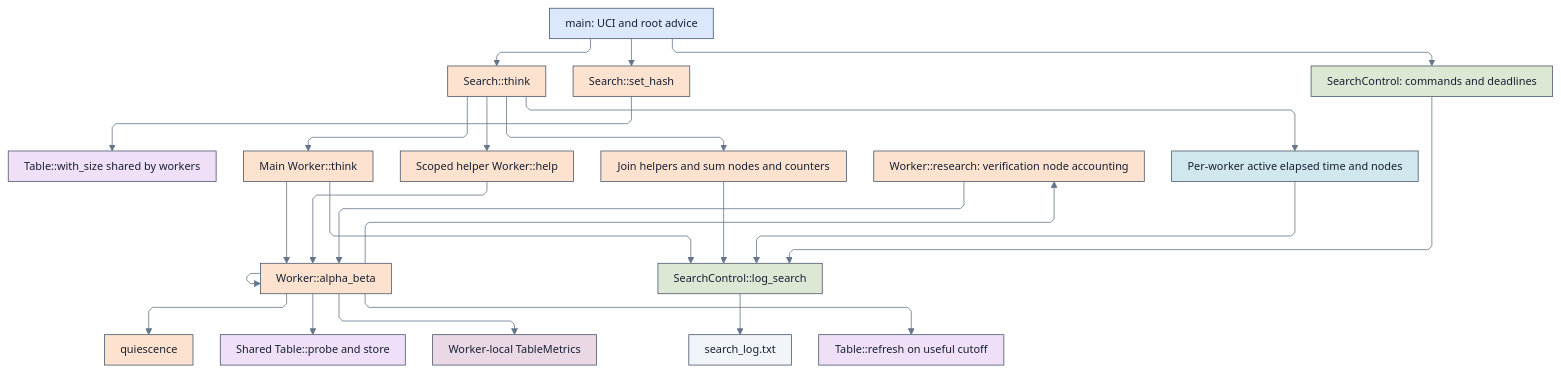
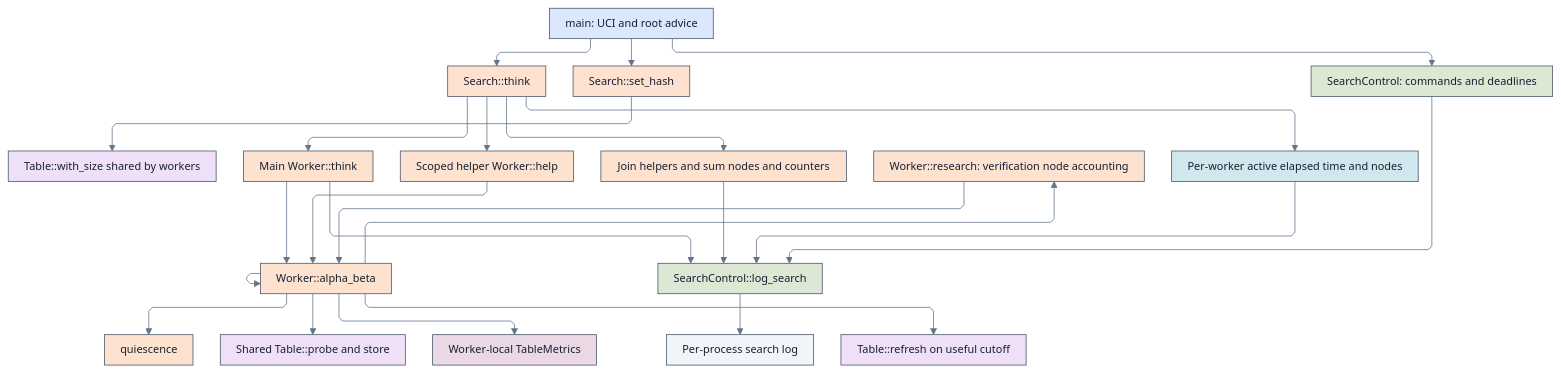
One commit to dbiersach/remus changed the diagram in docs/engines/Remus6-Rust/mermaid/search.mmd. Above: the diagram before and after it, drawn with Mermaid. The commit also changed 25 other files, not shown here.

```diff
--- a/docs/engines/Remus6-Rust/mermaid/search.mmd
+++ b/docs/engines/Remus6-Rust/mermaid/search.mmd
@@ -1,65 +1,65 @@
 ---
 config:
   layout: elk
   theme: base
   htmlLabels: false
   themeVariables:
     fontFamily: Arial
     fontSize: 14px
     lineColor: '#64748b'
     primaryTextColor: '#172033'
   flowchart:
     htmlLabels: false
     curve: linear
     wrappingWidth: 320
     nodeSpacing: 24
     rankSpacing: 45
     padding: 10
 ---
 flowchart TD
     UCI[main: UCI and root advice] --> Think[Search::think]
     UCI --> Resize[Search::set_hash]
     Resize --> Alloc[Table::with_size shared by workers]
     Think --> Main[Main Worker::think]
     Think --> Helpers[Scoped helper Worker::help]
     Main --> AB[Worker::alpha_beta]
     Helpers --> AB
     AB --> AB
     AB --> Q[quiescence]
     AB --> TT[Shared Table::probe and store]
     AB --> Metrics[Worker-local TableMetrics]
     Think --> Join[Join helpers and sum nodes and counters]
     Join --> Log[SearchControl::log_search]
     Main --> Log
     UCI --> Control[SearchControl: commands and deadlines]
     Control --> Log
-    Log --> File[search_log.txt]
+    Log --> File[Per-process search log]
     AB --> Refresh[Table::refresh on useful cutoff]
     AB --> Research[Worker::research: verification node accounting]
     Research --> AB
     Think --> Timing[Per-worker active elapsed time and nodes]
     Timing --> Log
     class AB module_search;
     class Alloc module_transposition_table;
     class Control module_search_control;
     class File module_external;
     class Helpers module_search;
     class Join module_search;
     class Log module_search_control;
     class Main module_search;
     class Metrics module_table_metrics;
     class Q module_search;
     class Refresh module_transposition_table;
     class Research module_search;
     class Resize module_search;
     class TT module_transposition_table;
     class Think module_search;
     class Timing module_search_metrics;
     class UCI module_uci;
     classDef module_external fill:#f1f5f9,stroke:#475569,stroke-width:1px,color:#172033;
     classDef module_search fill:#fde2cf,stroke:#475569,stroke-width:1px,color:#172033;
     classDef module_search_control fill:#dce8d4,stroke:#475569,stroke-width:1px,color:#172033;
     classDef module_search_metrics fill:#d0e7ed,stroke:#475569,stroke-width:1px,color:#172033;
     classDef module_table_metrics fill:#ead8e5,stroke:#475569,stroke-width:1px,color:#172033;
     classDef module_transposition_table fill:#efe0f7,stroke:#475569,stroke-width:1px,color:#172033;
     classDef module_uci fill:#dbe8fb,stroke:#475569,stroke-width:1px,color:#172033;
```
